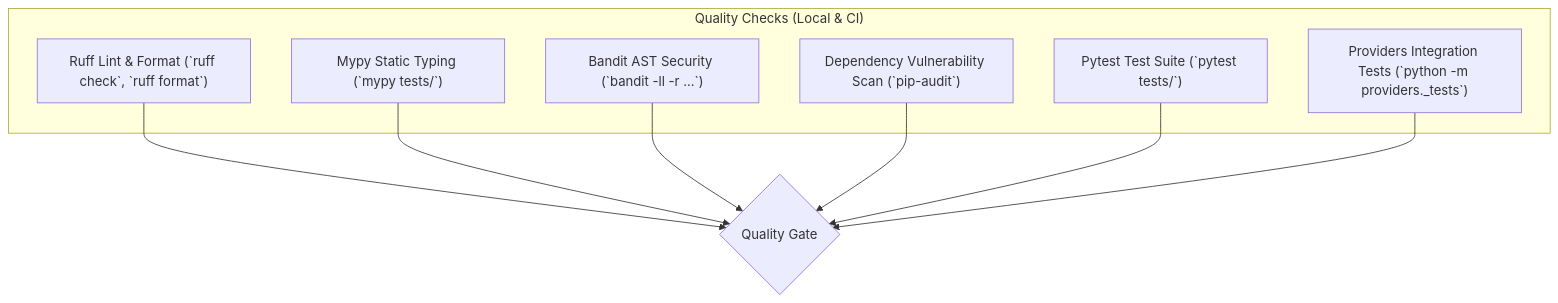
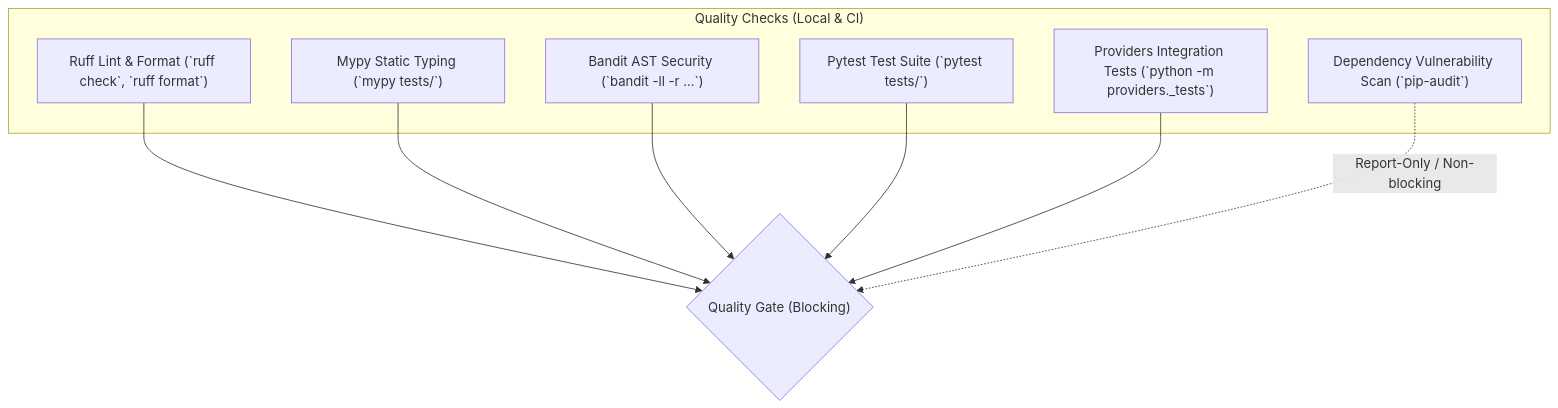
One commit to Sanj1th-M/openagent changed the diagram in docs/TESTING.md. Above: the diagram before and after it, drawn with Mermaid. The commit also changed other lines of this file and 9 other files, not shown here.

````diff
--- a/docs/TESTING.md
+++ b/docs/TESTING.md
@@ -11,18 +11,18 @@
 ```mermaid
 graph TD
     subgraph LocalAndCI ["Quality Checks (Local & CI)"]
         Ruff["Ruff Lint & Format (`ruff check`, `ruff format`)"]
         Mypy["Mypy Static Typing (`mypy tests/`)"]
         Bandit["Bandit AST Security (`bandit -ll -r ...`)"]
         PipAudit["Dependency Vulnerability Scan (`pip-audit`)"]
         Pytest["Pytest Test Suite (`pytest tests/`)"]
         ProviderTests["Providers Integration Tests (`python -m providers._tests`)"]
     end
 
-    Ruff --> PassOrFail{"Quality Gate"}
+    Ruff --> PassOrFail{"Quality Gate (Blocking)"}
     Mypy --> PassOrFail
     Bandit --> PassOrFail
-    PipAudit --> PassOrFail
     Pytest --> PassOrFail
     ProviderTests --> PassOrFail
+    PipAudit -.->|Report-Only / Non-blocking| PassOrFail
 ```
````
